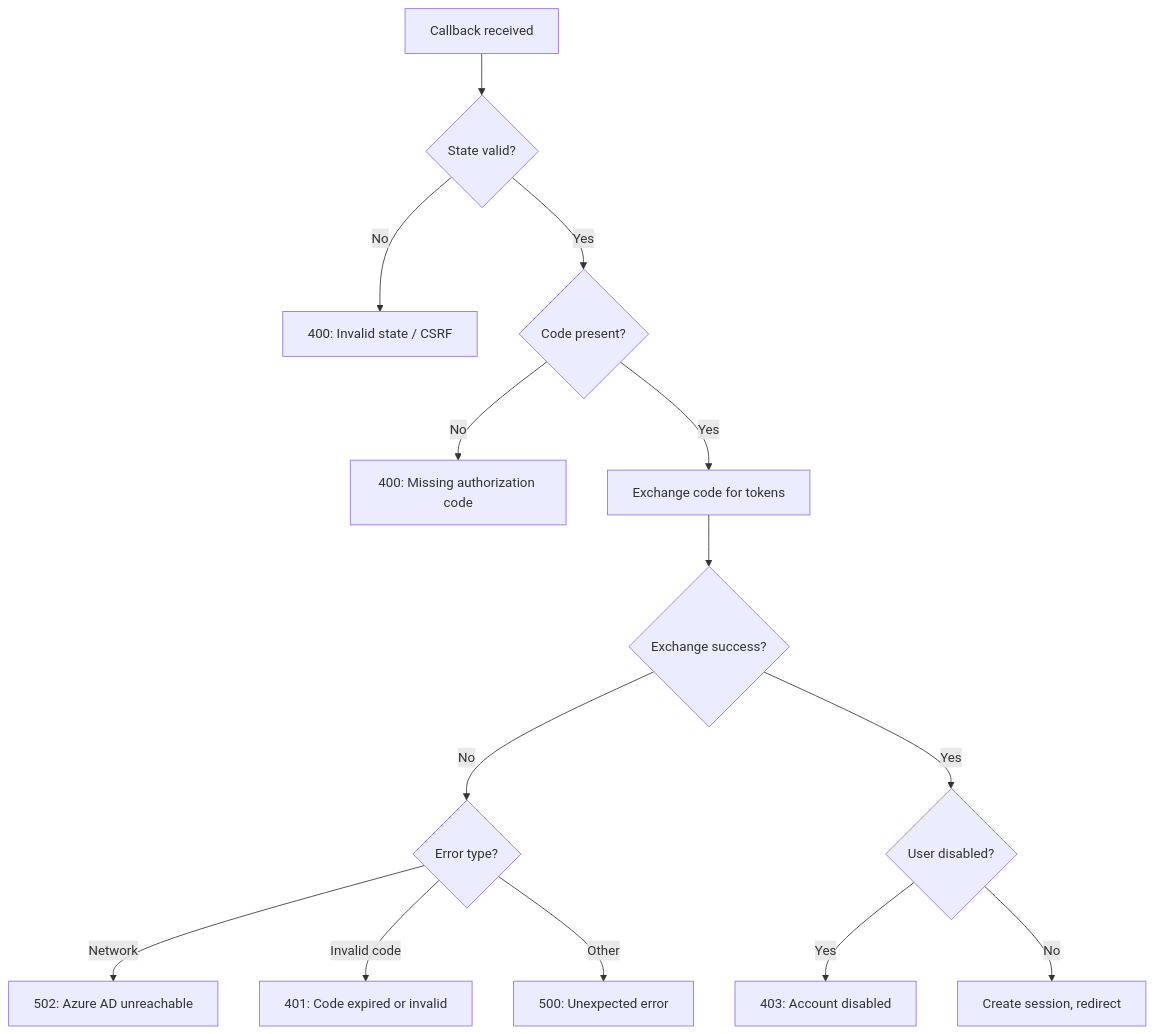
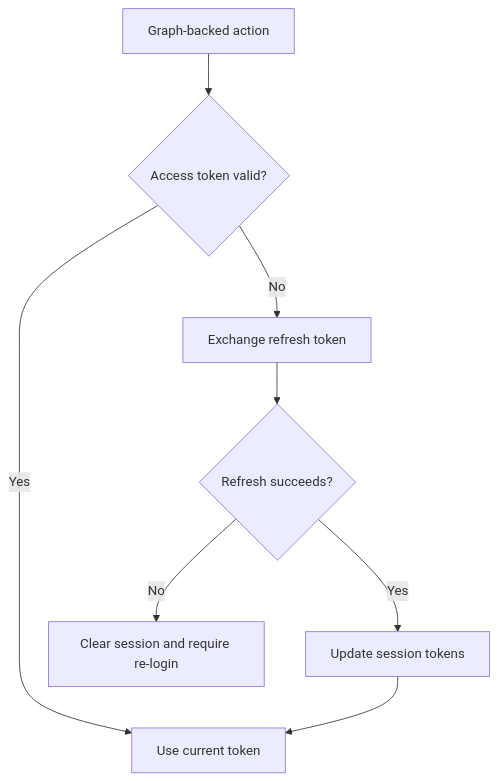
The third of 3 diagrams in docs/detail-design/auth/azure-ad-flow.md (b-knowledge-solution/b-knowledge), drawn with Mermaid before and after one commit. The commit also changed other lines of this file and 391 other files, not shown here.

````diff
--- a/docs/detail-design/auth/azure-ad-flow.md
+++ b/docs/detail-design/auth/azure-ad-flow.md
@@ -97,16 +77,10 @@
 ```mermaid
 flowchart TD
-    A[Callback received] --> B{State valid?}
-    B -->|No| C[400: Invalid state / CSRF]
-    B -->|Yes| D{Code present?}
-    D -->|No| E[400: Missing authorization code]
-    D -->|Yes| F[Exchange code for tokens]
-    F --> G{Exchange success?}
-    G -->|No| H{Error type?}
-    H -->|Network| I[502: Azure AD unreachable]
-    H -->|Invalid code| J[401: Code expired or invalid]
-    H -->|Other| K[500: Unexpected error]
-    G -->|Yes| L{User disabled?}
-    L -->|Yes| M[403: Account disabled]
-    L -->|No| N[Create session, redirect]
+    A[Graph-backed action] --> B{Access token valid?}
+    B -->|Yes| C[Use current token]
+    B -->|No| D[Exchange refresh token]
+    D --> E{Refresh succeeds?}
+    E -->|Yes| F[Update session tokens]
+    E -->|No| G[Clear session and require re-login]
+    F --> C
 ```
````
